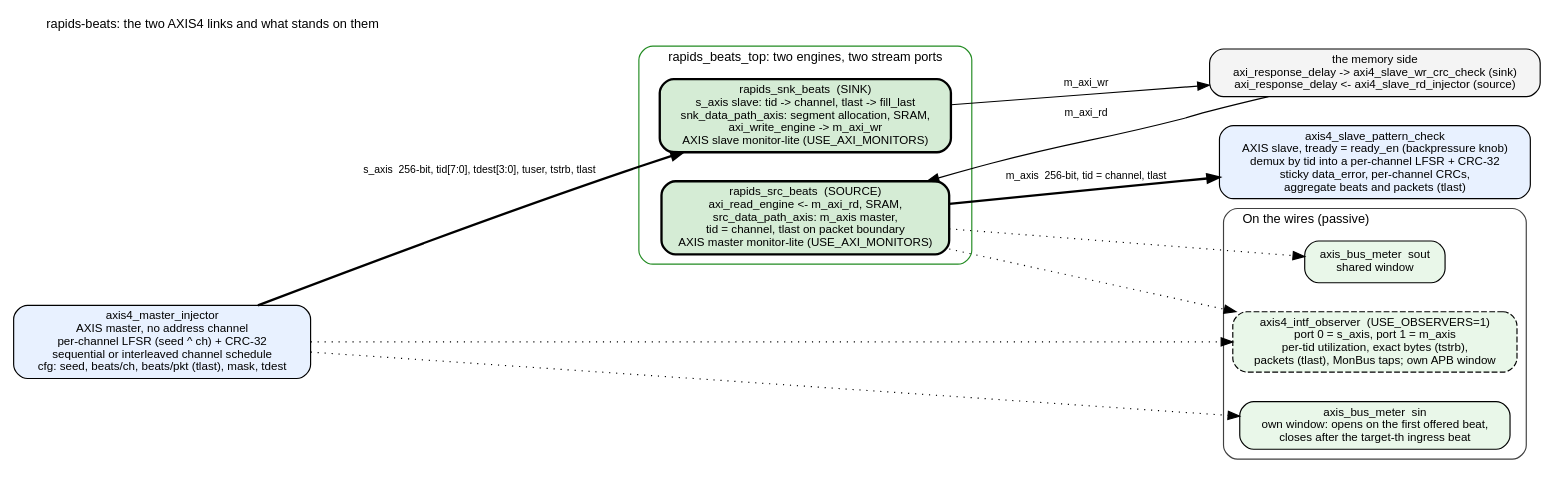
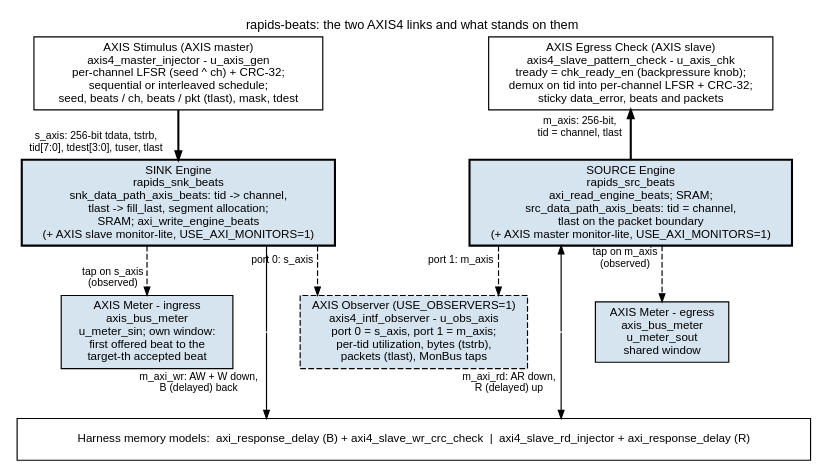
One commit to sean-galloway/RTLDesignSherpa changed the diagram in projects/fpga-systems/Genesys2/dma-ip/rapids_beats/docs/rapids_axis_system/assets/graphviz/01_two_axis_links.dot. Above: the diagram before and after it, drawn with Graphviz. The commit also changed 166 other files, not shown here.

```diff
--- a/projects/fpga-systems/Genesys2/dma-ip/rapids_beats/docs/rapids_axis_system/assets/graphviz/01_two_axis_links.dot
+++ b/projects/fpga-systems/Genesys2/dma-ip/rapids_beats/docs/rapids_axis_system/assets/graphviz/01_two_axis_links.dot
@@ -1,31 +1,51 @@
-// The two AXIS4 links of the rapids-beats system and everything that stands on them.
+// Figure 2.1 -- the two AXIS4 links and what stands on them. House style
+// (vault/handbook/authoring/block-diagrams.md): the harness's stream ports
+// are the white boxes on top, the two DUT engines sit side by side in the
+// middle, and the harness memory models are the boundary bar. SINK data runs
+// down the left (s_axis in, m_axi_wr out); SOURCE data climbs back up the
+// right (R in, m_axis out to the checker), the reference's spatial loop.
+// Meters and the observer are passive taps (dashed, nothing driven back).
+// RTL: rapids_char_harness.sv (u_axis_gen, u_axis_chk, u_meter_sin/sout,
+// u_obs_axis, u_wr_mem, u_rd_mem, u_*_resp_delay); rapids_beats_top ->
+// rapids_core_beats -> rapids_snk_beats / rapids_src_beats.
 digraph two_axis_links {
-    graph [rankdir=LR, fontname="Helvetica", fontsize=11, nodesep=0.35, ranksep=0.7,
-           label="rapids-beats: the two AXIS4 links and what stands on them", labelloc=t, labeljust=l];
-    node  [fontname="Helvetica", fontsize=10, shape=box, style="rounded,filled", fillcolor="#f4f4f4"];
-    edge  [fontname="Helvetica", fontsize=9];
+    graph [rankdir=TB, bgcolor="white", fontname="Helvetica", fontsize=11,
+           nodesep="0.40", ranksep="0.60", splines=ortho, newrank=true,
+           label="rapids-beats: the two AXIS4 links and what stands on them", labelloc=t];
+    node  [fontname="Helvetica", fontsize=10, shape=box, style=filled,
+           fillcolor="#D6E4F0", color="black", margin="0.12,0.06"];
+    edge  [fontname="Helvetica", fontsize=9, color="black", arrowsize=0.7];
 
-    gen [label="axis4_master_injector\nAXIS master, no address channel\nper-channel LFSR (seed ^ ch) + CRC-32\nsequential or interleaved channel schedule\ncfg: seed, beats/ch, beats/pkt (tlast), mask, tdest", fillcolor="#e8f1ff"];
-    chk [label="axis4_slave_pattern_check\nAXIS slave, tready = ready_en (backpressure knob)\ndemux by tid into a per-channel LFSR + CRC-32\nsticky data_error, per-channel CRCs,\naggregate beats and packets (tlast)", fillcolor="#e8f1ff"];
+    gen [group=L, label="AXIS Stimulus (AXIS master)\naxis4_master_injector - u_axis_gen\nper-channel LFSR (seed ^ ch) + CRC-32;\nsequential or interleaved schedule;\nseed, beats / ch, beats / pkt (tlast), mask, tdest", fillcolor="white"];
+    chk [group=R, label="AXIS Egress Check (AXIS slave)\naxis4_slave_pattern_check - u_axis_chk\ntready = chk_ready_en (backpressure knob);\ndemux on tid into per-channel LFSR + CRC-32;\nsticky data_error, beats and packets", fillcolor="white"];
 
-    subgraph cluster_dut {
-        label="rapids_beats_top: two engines, two stream ports"; style="rounded"; color="#228B22";
-        snk [label="rapids_snk_beats  (SINK)\ns_axis slave: tid -> channel, tlast -> fill_last\nsnk_data_path_axis: segment allocation, SRAM,\naxi_write_engine -> m_axi_wr\nAXIS slave monitor-lite (USE_AXI_MONITORS)", fillcolor="#d5ecd5", penwidth=2];
-        src [label="rapids_src_beats  (SOURCE)\naxi_read_engine <- m_axi_rd, SRAM,\nsrc_data_path_axis: m_axis master,\ntid = channel, tlast on packet boundary\nAXIS master monitor-lite (USE_AXI_MONITORS)", fillcolor="#d5ecd5", penwidth=2];
-    }
+    msin  [label="AXIS Meter - ingress\naxis_bus_meter\nu_meter_sin; own window:\nfirst offered beat to the\ntarget-th accepted beat"];
+    snk [group=L, label="SINK Engine\nrapids_snk_beats\nsnk_data_path_axis_beats: tid -> channel,\ntlast -> fill_last, segment allocation;\nSRAM; axi_write_engine_beats\n(+ AXIS slave monitor-lite, USE_AXI_MONITORS=1)", penwidth=1.8];
+    src [group=R, label="SOURCE Engine\nrapids_src_beats\naxi_read_engine_beats; SRAM;\nsrc_data_path_axis_beats: tid = channel,\ntlast on the packet boundary\n(+ AXIS master monitor-lite, USE_AXI_MONITORS=1)", penwidth=1.8];
+    msout [label="AXIS Meter - egress\naxis_bus_meter\nu_meter_sout\nshared window"];
+    obs   [label="AXIS Observer (USE_OBSERVERS=1)\naxis4_intf_observer - u_obs_axis\nport 0 = s_axis, port 1 = m_axis;\nper-tid utilization, bytes (tstrb),\npackets (tlast), MonBus taps", style="filled,dashed"];
 
-    subgraph cluster_meas {
-        label="On the wires (passive)"; style="rounded"; color="#404040";
-        msin [label="axis_bus_meter  sin\nown window: opens on the first offered beat,\ncloses after the target-th ingress beat", fillcolor="#e9f7e9"];
-        msout [label="axis_bus_meter  sout\nshared window", fillcolor="#e9f7e9"];
-        obs [label="axis4_intf_observer  (USE_OBSERVERS=1)\nport 0 = s_axis, port 1 = m_axis\nper-tid utilization, exact bytes (tstrb),\npackets (tlast), MonBus taps; own APB window", fillcolor="#e9f7e9", style="rounded,filled,dashed"];
-    }
+    bar [label="Harness memory models:  axi_response_delay (B) + axi4_slave_wr_crc_check  |  axi4_slave_rd_injector + axi_response_delay (R)",
+         fillcolor="white", width=9.5];
 
-    mem [label="the memory side\naxi_response_delay -> axi4_slave_wr_crc_check (sink)\naxi_response_delay <- axi4_slave_rd_injector (source)", fillcolor="#f4f4f4"];
+    { rank=same; gen; chk; }
+    gen -> chk [style=invis, minlen=3];
+    { rank=same; snk; src; }
+    snk -> src [style=invis, minlen=4];
+    { rank=same; msin; ps; obs; pr; msout; }
+    ps [shape=point, style=invis, width=0.01, label=""];
+    pr [shape=point, style=invis, width=0.01, label=""];
+    msin -> ps -> obs -> pr -> msout [style=invis];
 
-    gen -> snk [label="s_axis  256-bit, tid[7:0], tdest[3:0], tuser, tstrb, tlast", penwidth=2];
-    src -> chk [label="m_axis  256-bit, tid = channel, tlast", penwidth=2];
-    snk -> mem [label="m_axi_wr"]; mem -> src [label="m_axi_rd"];
-    gen -> msin [style=dotted]; src -> msout [style=dotted];
-    gen -> obs [style=dotted]; src -> obs [style=dotted];
+    gen -> snk [penwidth=1.8, xlabel="s_axis: 256-bit tdata, tstrb,\ntid[7:0], tdest[3:0], tuser, tlast"];
+    snk -> ps [dir=none];
+    ps -> bar [xlabel="m_axi_wr: AW + W down,\nB (delayed) back"];
+    src -> pr [dir=back];
+    pr -> bar [xlabel="m_axi_rd: AR down,\nR (delayed) up"];
+    chk -> src [dir=back, penwidth=1.8, xlabel="m_axis: 256-bit,\ntid = channel, tlast"];
+
+    snk -> msin [style=dashed, xlabel="tap on s_axis\n(observed)"];
+    src -> msout [style=dashed, xlabel="tap on m_axis\n(observed)"];
+    snk -> obs [style=dashed, xlabel="port 0: s_axis"];
+    src -> obs [style=dashed, xlabel="port 1: m_axis"];
 }
```
